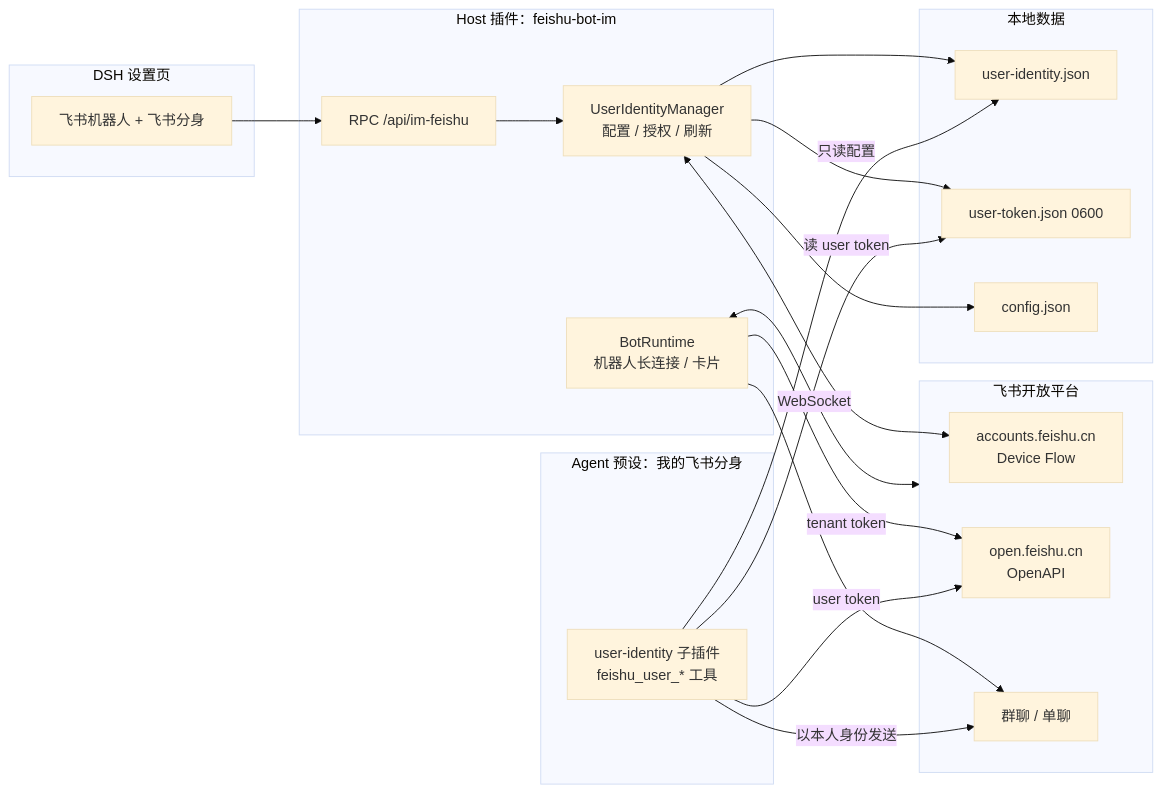
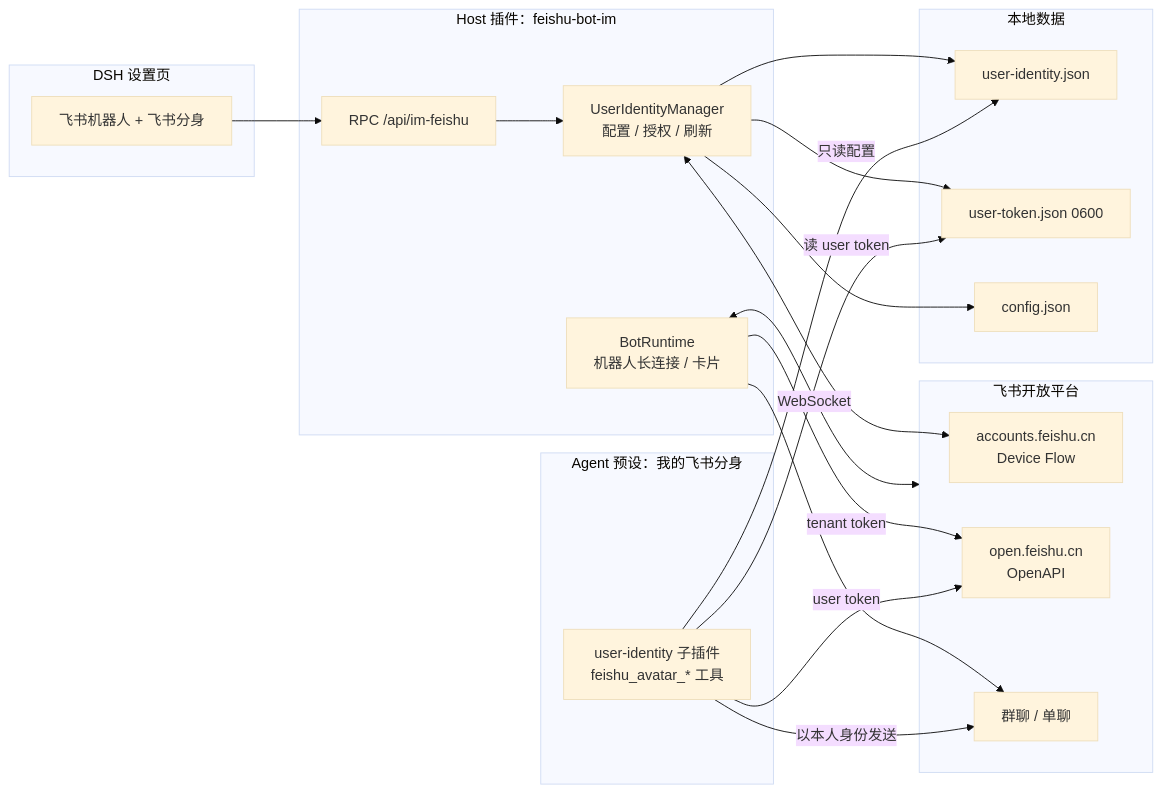
Before and after one commit to czwjss/feishu-bot-im: the first of 2 diagrams in docs/user-identity-architecture.md, drawn with Mermaid (base theme). The commit also changed other lines of this file and 8 other files, not shown here.

````diff
--- a/docs/user-identity-architecture.md
+++ b/docs/user-identity-architecture.md
@@ -130,44 +130,44 @@
 ```mermaid
 flowchart LR
   subgraph Feishu[飞书开放平台]
     OAuth[accounts.feishu.cn\nDevice Flow]
     OpenAPI[open.feishu.cn\nOpenAPI]
     Chat[群聊 / 单聊]
   end
 
   subgraph Host[Host 插件：feishu-bot-im]
     Bot[BotRuntime\n机器人长连接 / 卡片]
     UIM[UserIdentityManager\n配置 / 授权 / 刷新]
     RPC[RPC /api/im-feishu]
   end
 
   subgraph UI[DSH 设置页]
     Settings[飞书机器人 + 飞书分身]
   end
 
   subgraph Preset[Agent 预设：我的飞书分身]
-    Tools[user-identity 子插件\nfeishu_user_* 工具]
+    Tools[user-identity 子插件\nfeishu_avatar_* 工具]
   end
 
   subgraph Files[本地数据]
     Cfg[user-identity.json]
     Token[user-token.json 0600]
     BotCfg[config.json]
   end
 
   Settings --> RPC
   RPC --> UIM
   UIM --> Cfg
   UIM --> Token
   UIM --> BotCfg
   UIM <--> OAuth
 
   Bot <-->|WebSocket| Feishu
   Bot -->|tenant token| OpenAPI
   Bot --> Chat
 
   Tools -->|读 user token| Token
   Tools -->|user token| OpenAPI
   Tools -->|以本人身份发送| Chat
   Tools -->|只读配置| Cfg
 ```
````
